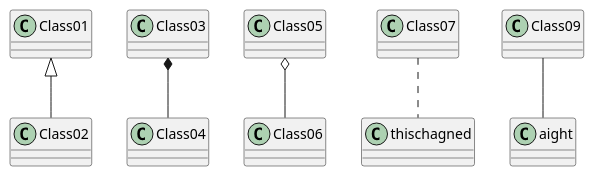
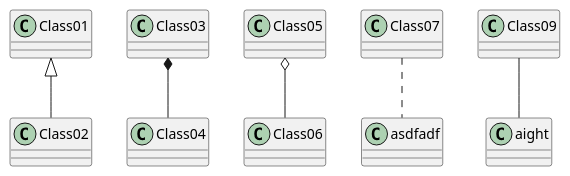
One commit to weichware10/meilensteine changed the diagram in meilenstein_03/test.puml. Above: the diagram before and after it, drawn with PlantUML. The commit also changed 1 other file, not shown here.

```diff
--- a/meilenstein_03/test.puml
+++ b/meilenstein_03/test.puml
@@ -1,7 +1,7 @@
 @startuml test
 Class01 <|-- Class02
 Class03 *-- Class04
 Class05 o-- Class06
-Class07 .. thischagned
+Class07 .. asdfadf
 Class09 -- aight
 @enduml
```
